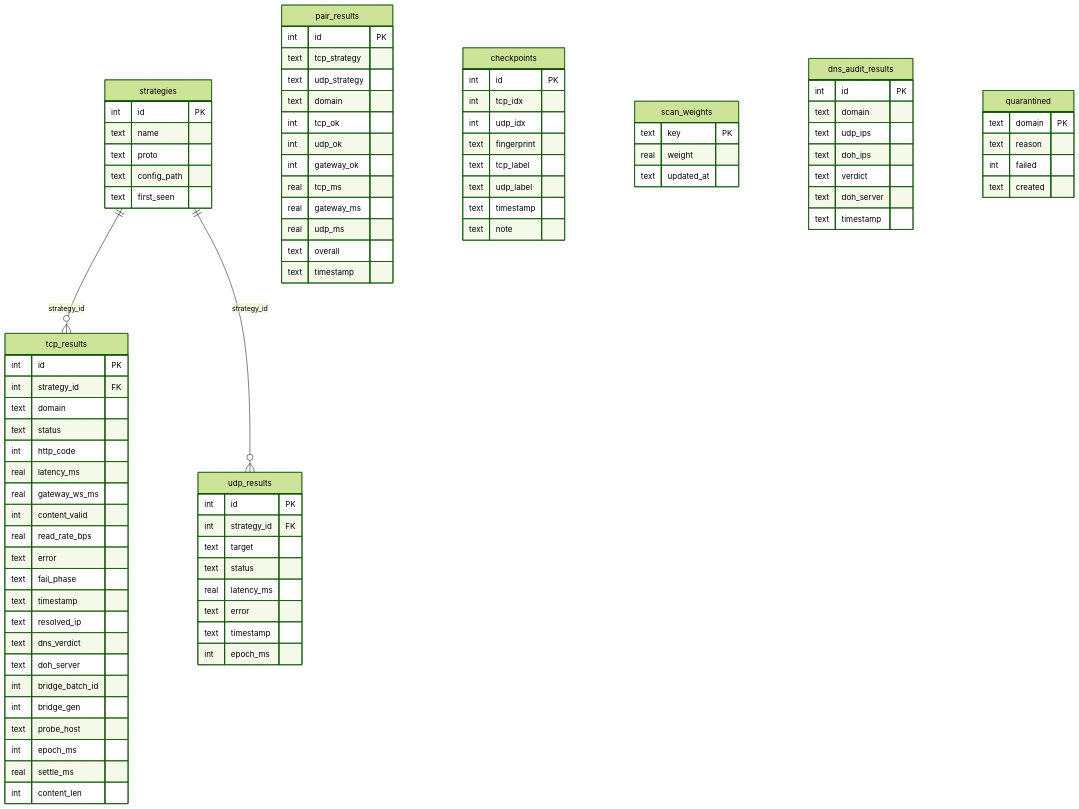
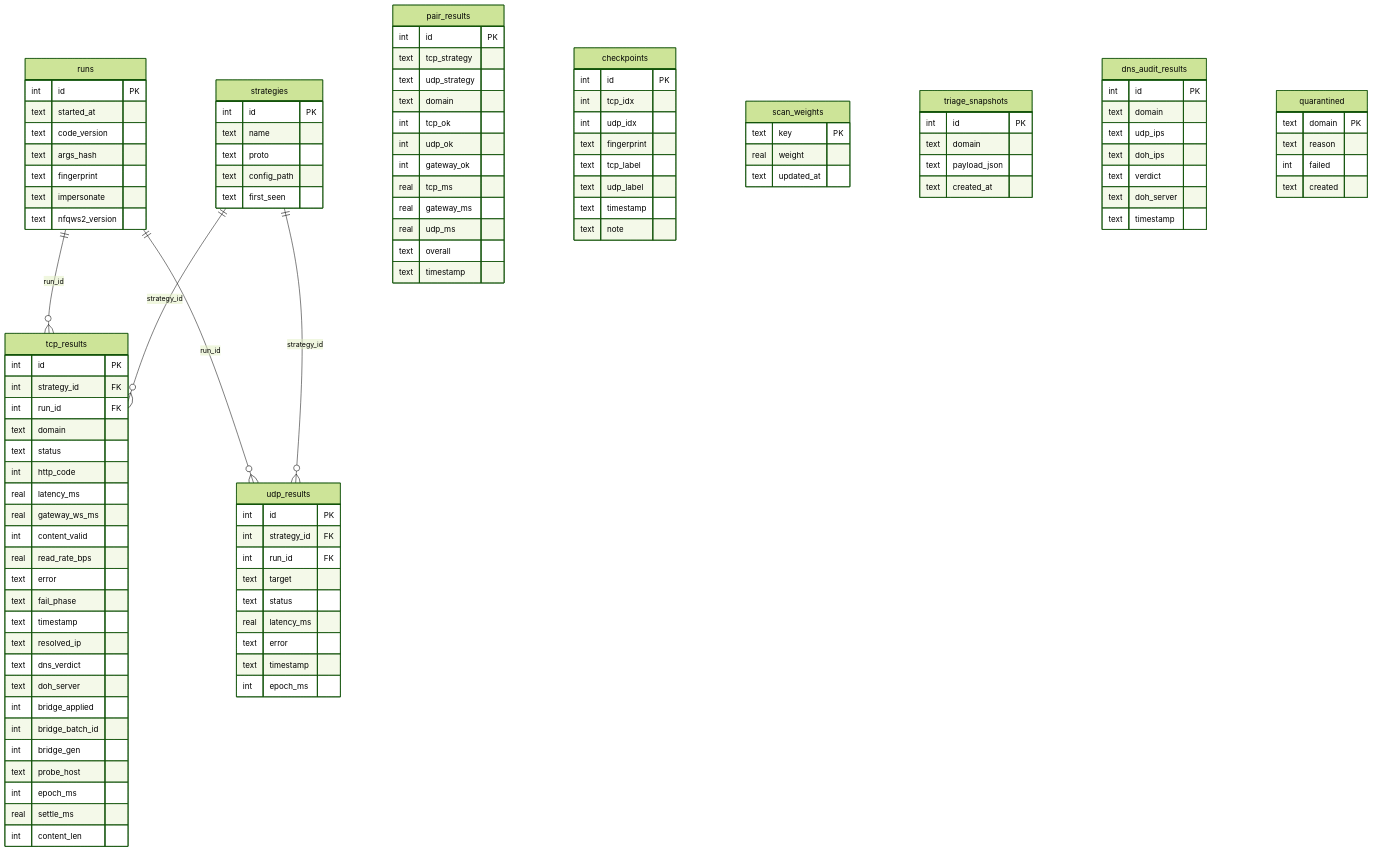
The diagram in docs/database.md (zhoel-sherk/blockcheckS), drawn with Mermaid (forest theme) before and after one commit. The commit also changed other lines of this file and 13 other files, not shown here.

First line of the commit message:
Release 1.4.0: bump version and document lua_bridge-only campaigns.

````diff
--- a/docs/database.md
+++ b/docs/database.md
@@ -11,5 +11,7 @@
 ```mermaid
 erDiagram
+  runs ||--o{ tcp_results : run_id
+  runs ||--o{ udp_results : run_id
   strategies ||--o{ tcp_results : strategy_id
   strategies ||--o{ udp_results : strategy_id
   strategies {
@@ -19,9 +21,19 @@
     text config_path
     text first_seen
   }
+  runs {
+    int id PK
+    text started_at
+    text code_version
+    text args_hash
+    text fingerprint
+    text impersonate
+    text nfqws2_version
+  }
   tcp_results {
     int id PK
     int strategy_id FK
+    int run_id FK
     text domain
     text status
     int http_code
@@ -35,6 +47,7 @@
     text resolved_ip
     text dns_verdict
     text doh_server
+    int bridge_applied
     int bridge_batch_id
     int bridge_gen
     text probe_host
@@ -45,6 +58,7 @@
   udp_results {
     int id PK
     int strategy_id FK
+    int run_id FK
     text target
     text status
     real latency_ms
@@ -81,6 +95,12 @@
     real weight
     text updated_at
   }
+  triage_snapshots {
+    int id PK
+    text domain
+    text payload_json
+    text created_at
+  }
   dns_audit_results {
     int id PK
     text domain
````
